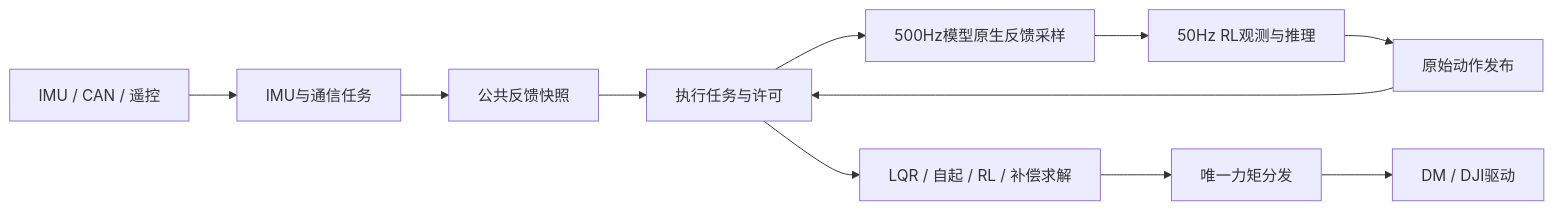
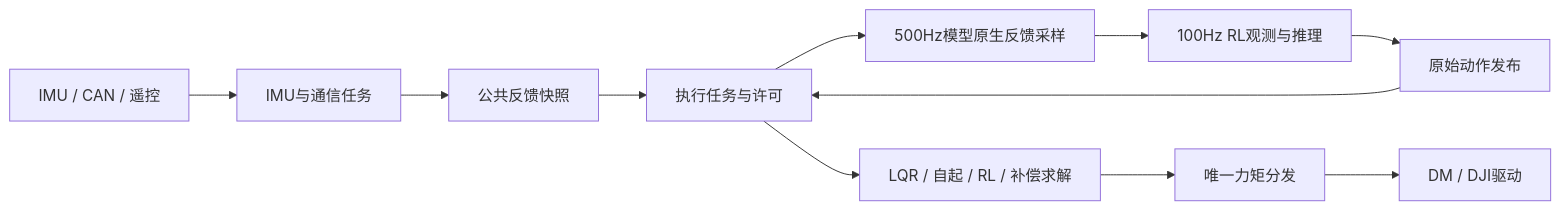
The diagram in deployment/H7_RL_ros/md/file-guide.md (zn1135/wheelleg_RL_2026), drawn with Mermaid before and after one commit. The commit also changed other lines of this file and 46 other files, not shown here.

````diff
--- a/deployment/H7_RL_ros/md/file-guide.md
+++ b/deployment/H7_RL_ros/md/file-guide.md
@@ -117,13 +129,13 @@
 ```mermaid
 flowchart LR
     Sensors[IMU / CAN / 遥控] --> Prepare[IMU与通信任务]
     Prepare --> Snapshot[公共反馈快照]
     Snapshot --> Act[执行任务与许可]
     Act --> Sample[500Hz模型原生反馈采样]
-    Sample --> Policy[50Hz RL观测与推理]
+    Sample --> Policy[100Hz RL观测与推理]
     Policy --> Action[原始动作发布]
     Action --> Act
     Act --> Solve[LQR / 自起 / RL / 补偿求解]
     Solve --> Dispatch[唯一力矩分发]
     Dispatch --> Motors[DM / DJI驱动]
 ```
````
